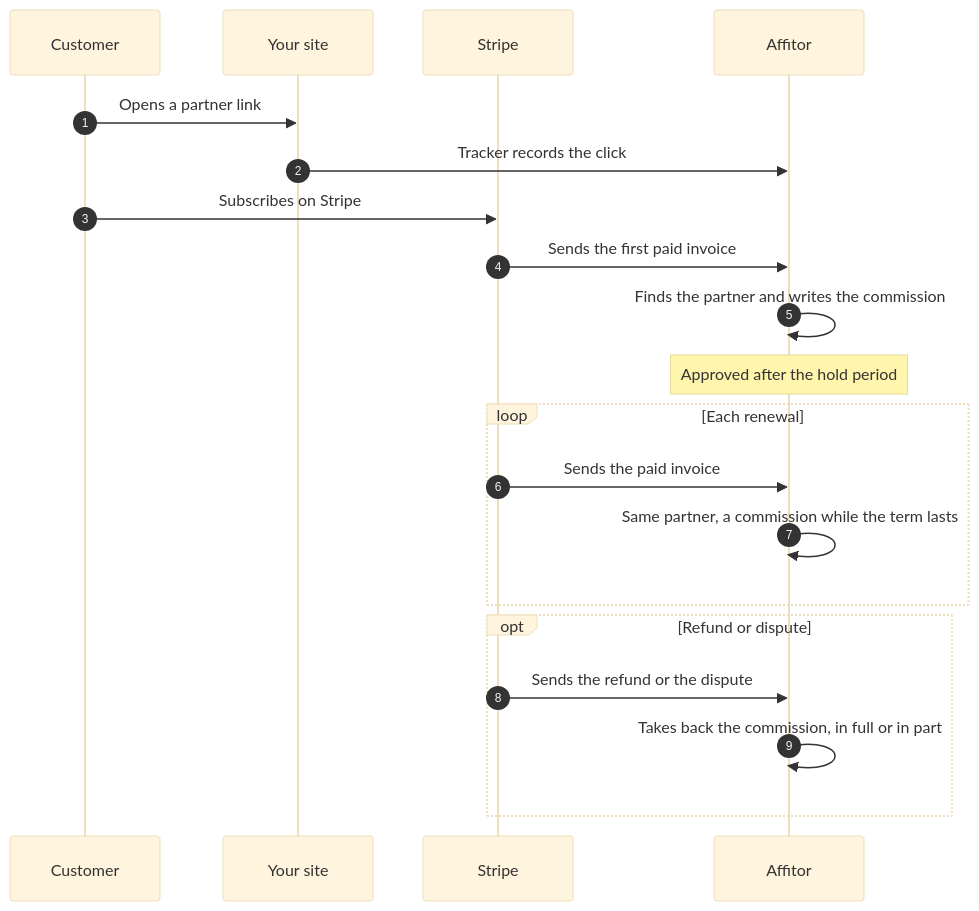
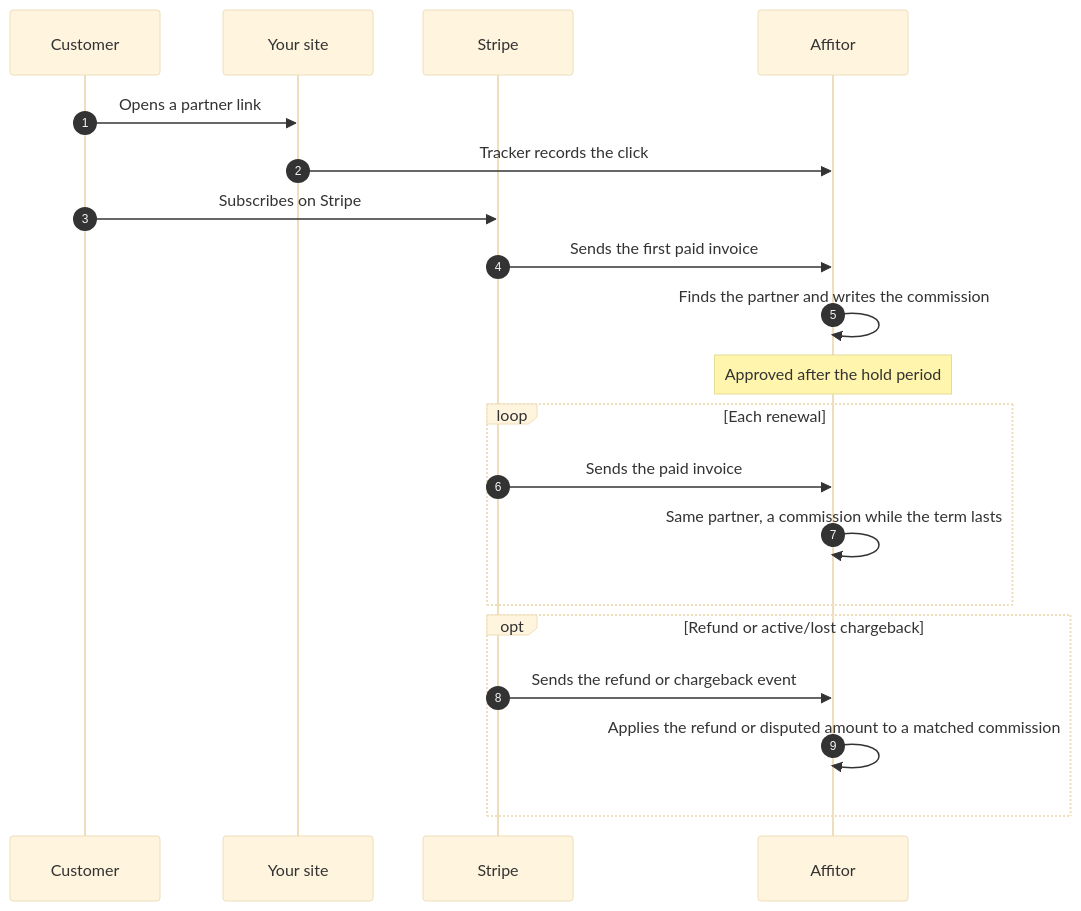
Before and after one commit to Affitor/affitor-docs: the diagram in content/docs/use-cases/subscriptions.mdx, drawn with Mermaid (base theme). The commit also changed other lines of this file, not shown here.

Commit message:
fix: subscriptions summaries scope disputes to active or lost chargebacks

````diff
--- a/content/docs/use-cases/subscriptions.mdx
+++ b/content/docs/use-cases/subscriptions.mdx
@@ -11,22 +11,22 @@
 ```mermaid
 sequenceDiagram
   autonumber
   participant C as Customer
   participant W as Your site
   participant S as Stripe
   participant A as Affitor
   C->>W: Opens a partner link
   W->>A: Tracker records the click
   C->>S: Subscribes on Stripe
   S->>A: Sends the first paid invoice
   A->>A: Finds the partner and writes the commission
   Note over A: Approved after the hold period
   loop Each renewal
     S->>A: Sends the paid invoice
     A->>A: Same partner, a commission while the term lasts
   end
-  opt Refund or dispute
-    S->>A: Sends the refund or the dispute
-    A->>A: Takes back the commission, in full or in part
+  opt Refund or active/lost chargeback
+    S->>A: Sends the refund or chargeback event
+    A->>A: Applies the refund or disputed amount to a matched commission
   end
 ```
````
